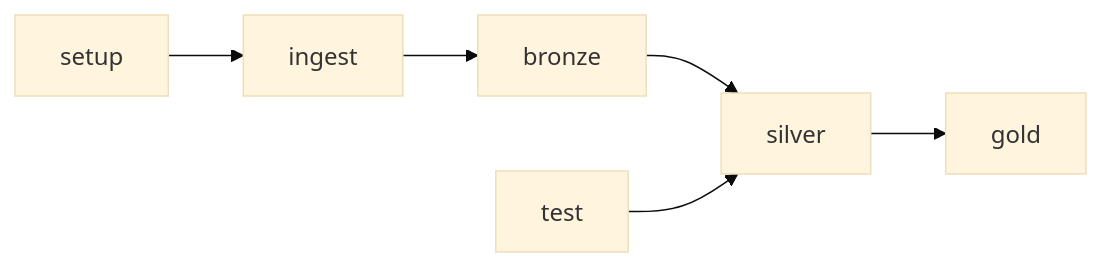
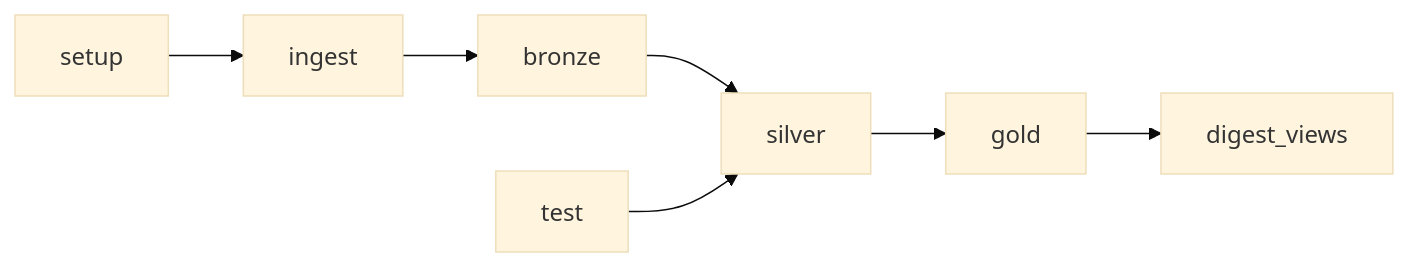
The second of 4 diagrams in README.md (lfesouza/FleetFuel-Analytics), drawn with Mermaid (base theme) before and after one commit. The commit also changed other lines of this file, not shown here.

````diff
--- a/README.md
+++ b/README.md
@@ -38,5 +42,5 @@
 ```mermaid
 flowchart LR
-    setup --> ingest --> bronze --> silver --> gold
+    setup --> ingest --> bronze --> silver --> gold --> digest_views
     test --> silver
 ```
````
